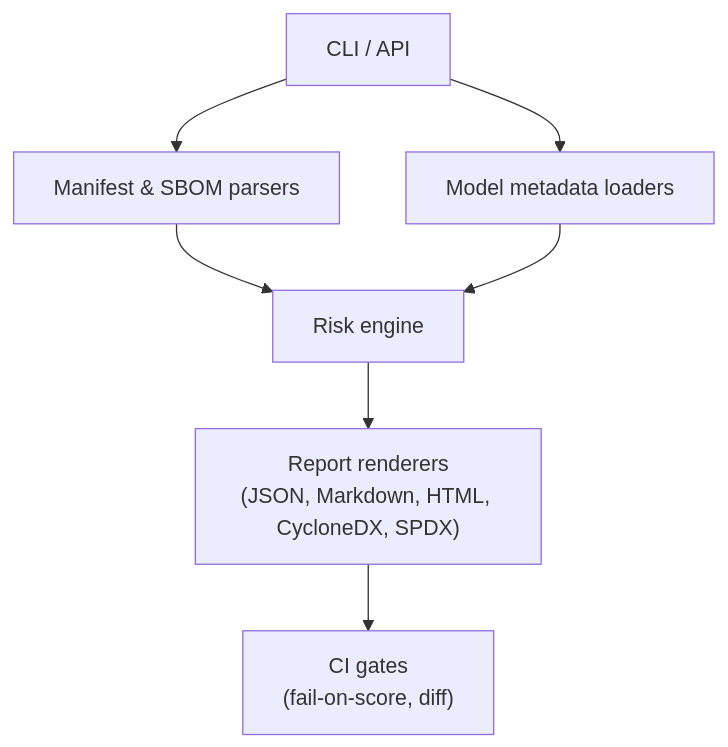
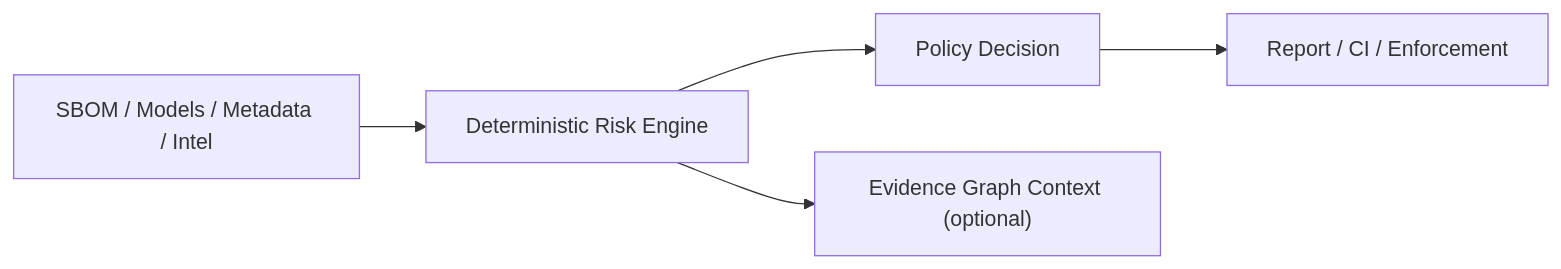
Before and after one commit to MellyFinnese/AI-BOM-Inspector: the diagram in README.md, drawn with Mermaid. The commit also changed other lines of this file and 18 other files, not shown here.

````diff
--- a/README.md
+++ b/README.md
@@ -9,9 +30,7 @@
 ```mermaid
-graph TD
-    A["CLI / API"] --> B["Manifest & SBOM parsers"]
-    A --> C["Model metadata loaders"]
-    B --> D["Risk engine"]
-    C --> D
-    D --> E["Report renderers<br/>(JSON, Markdown, HTML, CycloneDX, SPDX)"]
-    E --> F["CI gates<br/>(fail-on-score, diff)"]
+graph LR
+  Input["SBOM / Models / Metadata / Intel"] --> Engine["Deterministic Risk Engine"]
+  Engine --> Policy["Policy Decision"]
+  Engine --> Graph["Evidence Graph Context (optional)"]
+  Policy --> Output["Report / CI / Enforcement"]
 ```
````
